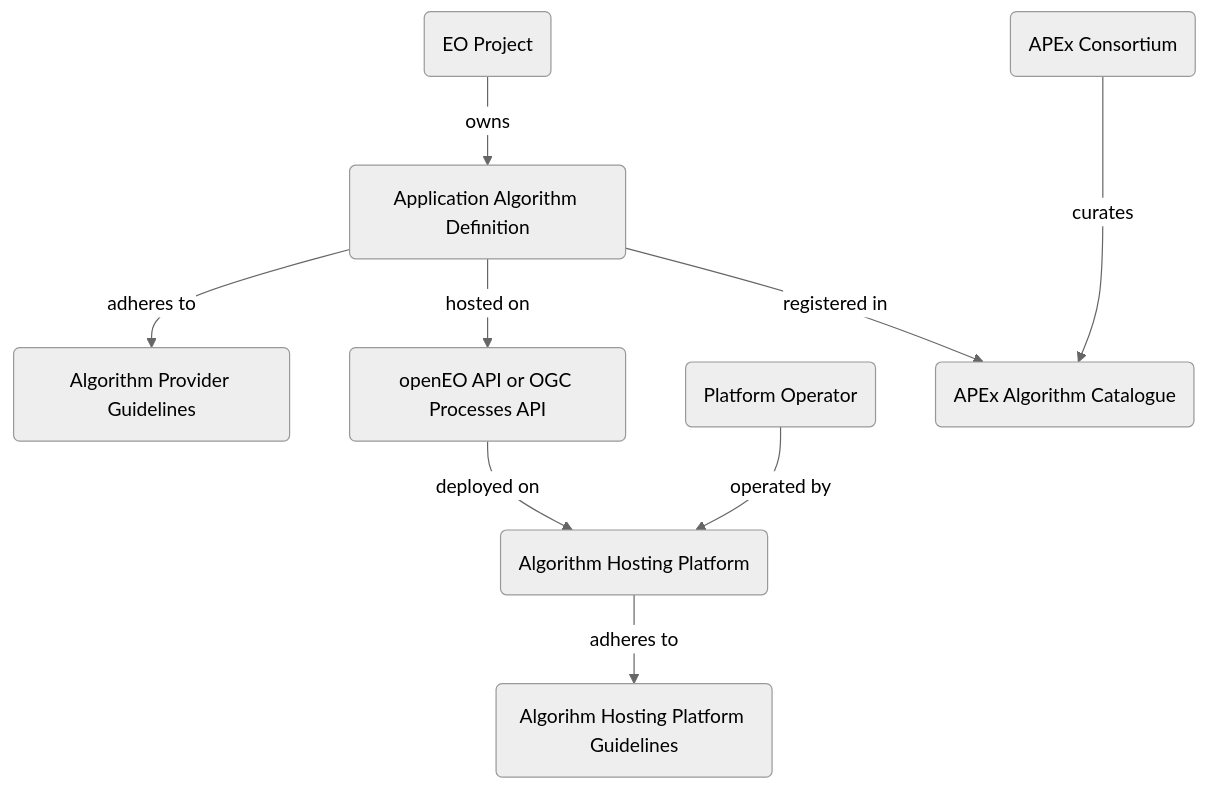
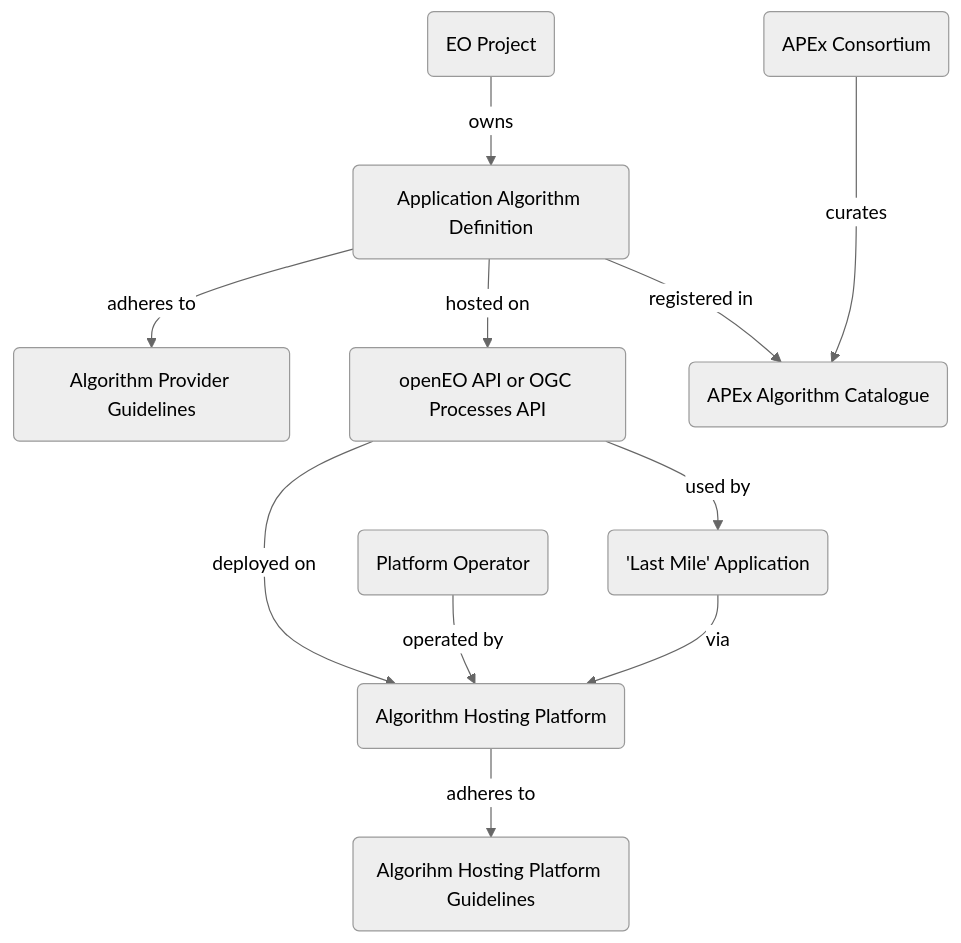
The diagram in interoperability/definitions.qmd (ESA-APEx/apex_documentation), drawn with Mermaid (neutral theme) before and after one commit. The commit also changed other lines of this file, not shown here.

First line of the commit message:
Add last-mile application as an actor

````diff
--- a/interoperability/definitions.qmd
+++ b/interoperability/definitions.qmd
@@ -9,21 +9,25 @@
 ```{mermaid}
 flowchart TD
     EO_PROJECT("EO Project")
     ALGORITHM("Application Algorithm Definition")
     ALGORITHM_GUIDELINES("Algorithm Provider Guidelines")
     OPENEO_OGC("openEO API or OGC Processes API")
+    LAST_MILE("'Last Mile' Application")
     HOSTING_PLATFORM("Algorithm Hosting Platform")
     OPERATOR("Platform Operator")
     PLATFORM_GUIDELINES("Algorihm Hosting Platform Guidelines")
     CATALOGUE("APEx Algorithm Catalogue")
     APEX("APEx Consortium")
+    
 
     EO_PROJECT --> | owns | ALGORITHM
     ALGORITHM --> | adheres to | ALGORITHM_GUIDELINES
     ALGORITHM --> | hosted on | OPENEO_OGC
     OPENEO_OGC --> | deployed on | HOSTING_PLATFORM
     OPERATOR --> | operated by | HOSTING_PLATFORM
     HOSTING_PLATFORM --> | adheres to | PLATFORM_GUIDELINES
     ALGORITHM --> | registered in | CATALOGUE
     APEX ---> | curates | CATALOGUE
+    OPENEO_OGC --> | used by | LAST_MILE
+    LAST_MILE --> | via | HOSTING_PLATFORM
 ```
````
